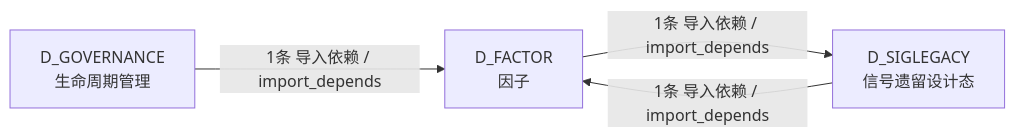
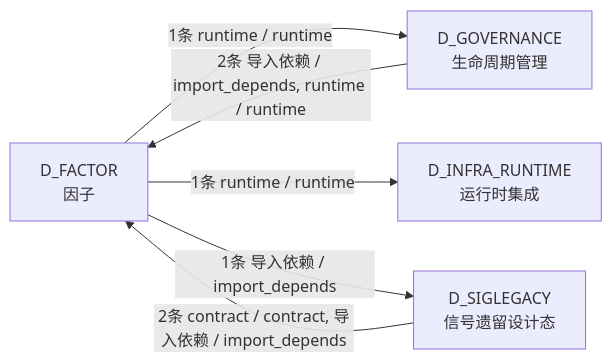
One commit to xuanFelixVan/ZephyrAlpha changed the fourth of 4 diagrams in docs/02_enterprise_architecture/02_domain_architecture_docs/34_d_factor.md. Above: the diagram before and after it, drawn with Mermaid. The commit also changed other lines of this file and 111 other files, not shown here.

````diff
--- a/docs/02_enterprise_architecture/02_domain_architecture_docs/34_d_factor.md
+++ b/docs/02_enterprise_architecture/02_domain_architecture_docs/34_d_factor.md
@@ -194,9 +210,12 @@
 ```mermaid
 graph LR
     D_FACTOR["D_FACTOR<br/>因子"]
+    D_GOVERNANCE["D_GOVERNANCE<br/>生命周期管理"]
+    D_INFRA_RUNTIME["D_INFRA_RUNTIME<br/>运行时集成"]
     D_SIGLEGACY["D_SIGLEGACY<br/>信号遗留设计态"]
-    D_GOVERNANCE["D_GOVERNANCE<br/>生命周期管理"]
+    D_FACTOR -->|1条 runtime / runtime| D_GOVERNANCE
+    D_FACTOR -->|1条 runtime / runtime| D_INFRA_RUNTIME
     D_FACTOR -->|1条 导入依赖 / import_depends| D_SIGLEGACY
-    D_GOVERNANCE -->|1条 导入依赖 / import_depends| D_FACTOR
-    D_SIGLEGACY -->|1条 导入依赖 / import_depends| D_FACTOR
+    D_GOVERNANCE -->|2条 导入依赖 / import_depends, runtime / runtime| D_FACTOR
+    D_SIGLEGACY -->|2条 contract / contract, 导入依赖 / import_depends| D_FACTOR
 ```
````
